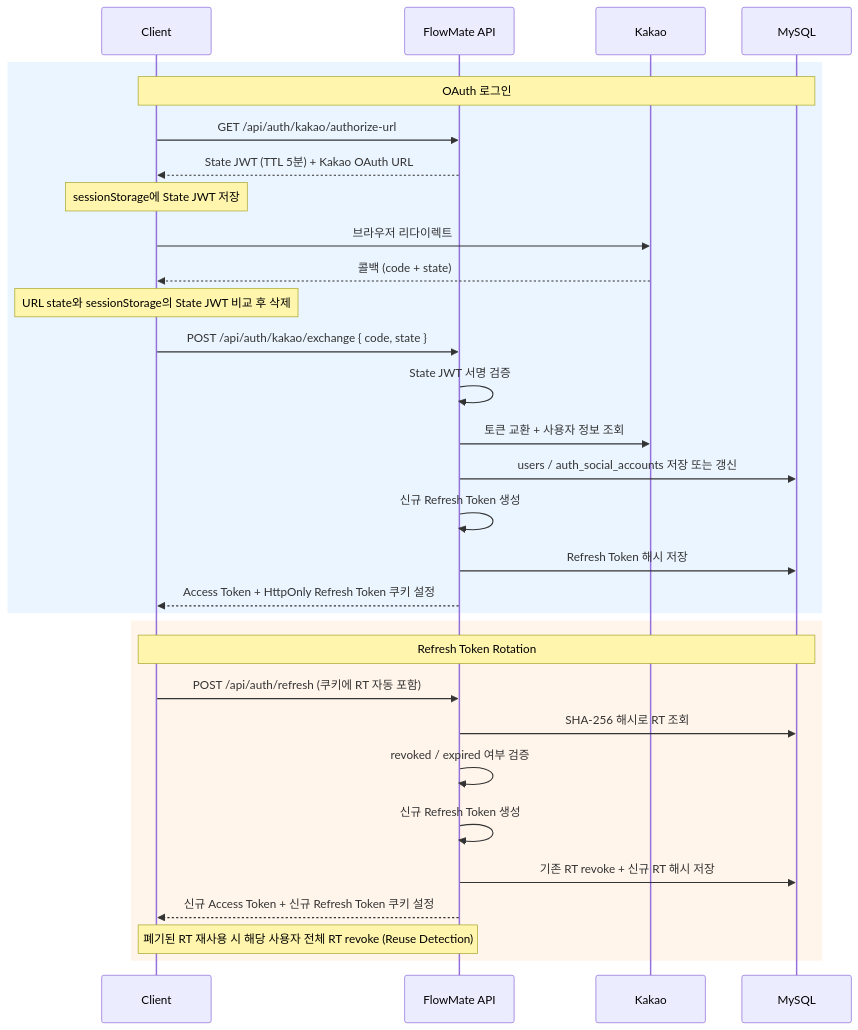
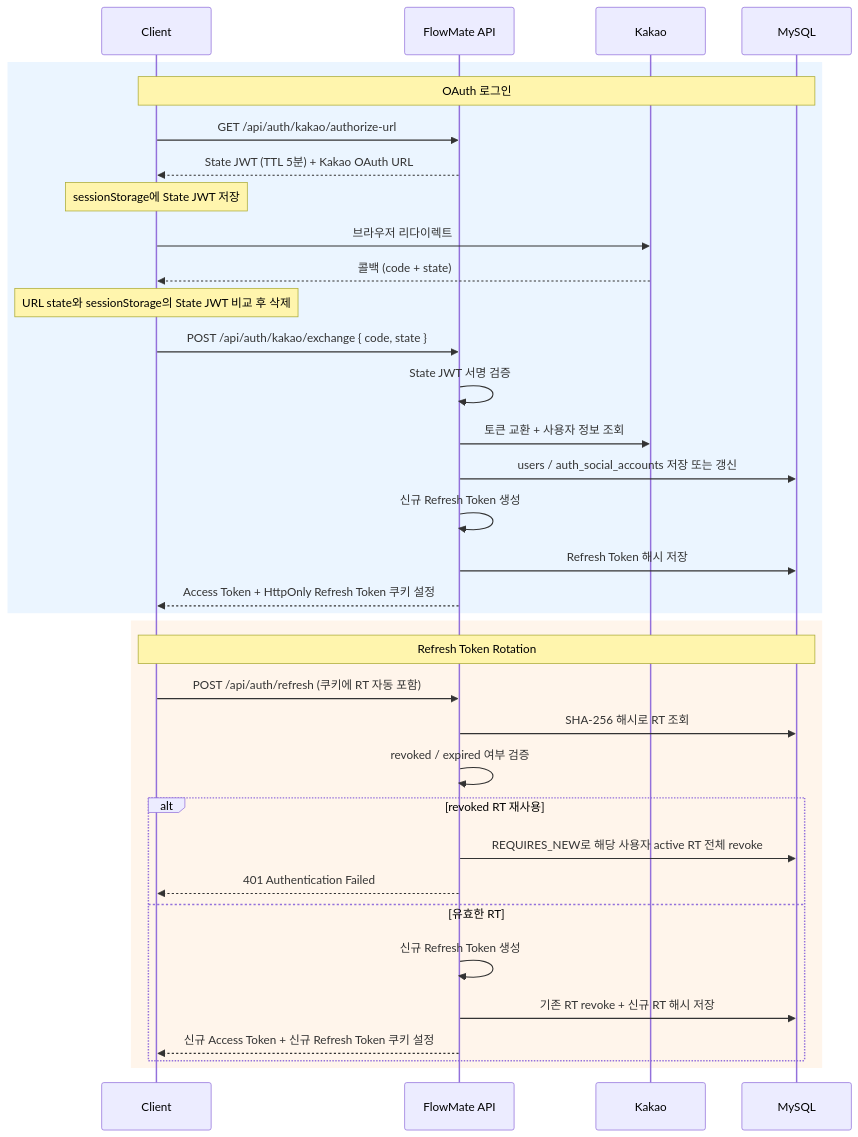
The diagram in docs/wiki/auth-evolution.md (g1ennk/FlowMate), drawn with Mermaid before and after one commit. The commit also changed other lines of this file and 1 other file, not shown here.

Commit message:
docs(auth): refresh token reuse detection 문서 정리

````diff
--- a/docs/wiki/auth-evolution.md
+++ b/docs/wiki/auth-evolution.md
@@ -131,35 +132,39 @@
 ```mermaid
 sequenceDiagram
     participant C as Client
     participant S as FlowMate API
     participant K as Kakao
     participant DB as MySQL
 
     rect rgb(235, 245, 255)
         Note over C, DB: OAuth 로그인
         C ->> S: GET /api/auth/kakao/authorize-url
         S -->> C: State JWT (TTL 5분) + Kakao OAuth URL
         Note over C: sessionStorage에 State JWT 저장
         C ->> K: 브라우저 리다이렉트
         K -->> C: 콜백 (code + state)
         Note over C: URL state와 sessionStorage의 State JWT 비교 후 삭제
         C ->> S: POST /api/auth/kakao/exchange { code, state }
         S ->> S: State JWT 서명 검증
         S ->> K: 토큰 교환 + 사용자 정보 조회
         S ->> DB: users / auth_social_accounts 저장 또는 갱신
         S ->> S: 신규 Refresh Token 생성
         S ->> DB: Refresh Token 해시 저장
         S -->> C: Access Token + HttpOnly Refresh Token 쿠키 설정
     end
 
     rect rgb(255, 245, 235)
         Note over C, DB: Refresh Token Rotation
         C ->> S: POST /api/auth/refresh (쿠키에 RT 자동 포함)
         S ->> DB: SHA-256 해시로 RT 조회
         S ->> S: revoked / expired 여부 검증
-        S ->> S: 신규 Refresh Token 생성
-        S ->> DB: 기존 RT revoke + 신규 RT 해시 저장
-        S -->> C: 신규 Access Token + 신규 Refresh Token 쿠키 설정
-        Note over C, S: 폐기된 RT 재사용 시 해당 사용자 전체 RT revoke (Reuse Detection)
+        alt revoked RT 재사용
+            S ->> DB: REQUIRES_NEW로 해당 사용자 active RT 전체 revoke
+            S -->> C: 401 Authentication Failed
+        else 유효한 RT
+            S ->> S: 신규 Refresh Token 생성
+            S ->> DB: 기존 RT revoke + 신규 RT 해시 저장
+            S -->> C: 신규 Access Token + 신규 Refresh Token 쿠키 설정
+        end
     end
 ```
````
